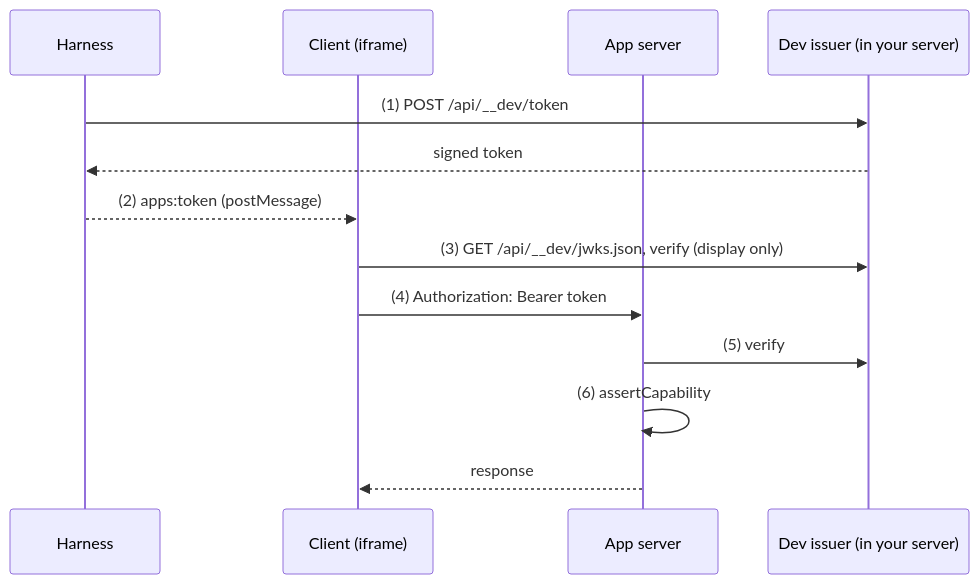
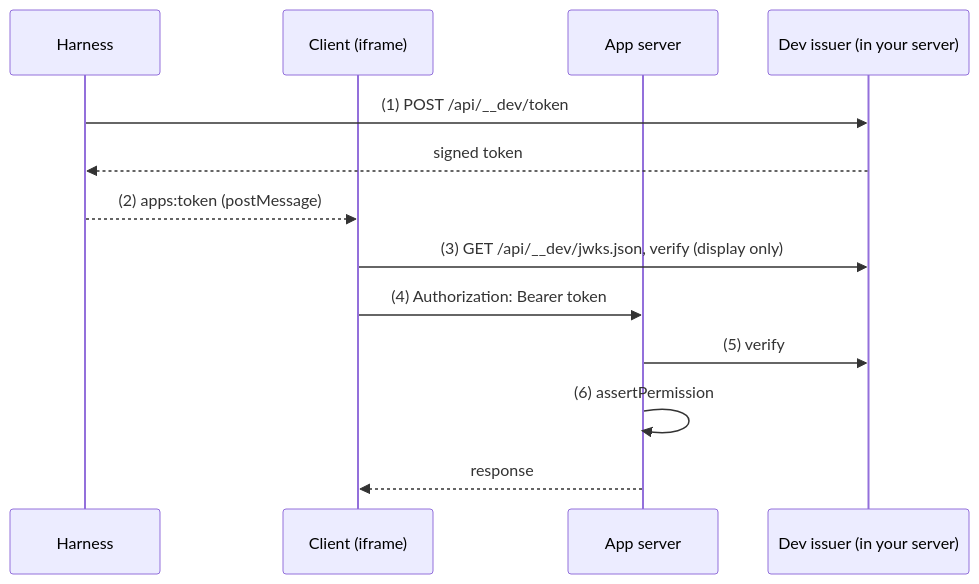
The first of 2 diagrams in docs/vector-apps/quickstart.md (VectorAgents/vs-apps-docs), drawn with Mermaid before and after one commit. The commit also changed other lines of this file and 30 other files, not shown here.

````diff
--- a/docs/vector-apps/quickstart.md
+++ b/docs/vector-apps/quickstart.md
@@ -90,17 +90,17 @@
 ```mermaid
 sequenceDiagram
   accTitle: How the token travels in the harness
   accDescr: The harness asks the dev issuer in your server for a token and posts it to the client. The client verifies it against the key set of the dev issuer. The client sends it to the app server, which verifies it with the dev issuer.
   participant H as Harness
   participant C as Client (iframe)
   participant S as App server
   participant D as Dev issuer (in your server)
   H->>D: (1) POST /api/__dev/token
   D-->>H: signed token
   H-->>C: (2) apps:token (postMessage)
   C->>D: (3) GET /api/__dev/jwks.json, verify (display only)
   C->>S: (4) Authorization: Bearer token
   S->>D: (5) verify
-  S->>S: (6) assertCapability
+  S->>S: (6) assertPermission
   S-->>C: response
 ```
````
